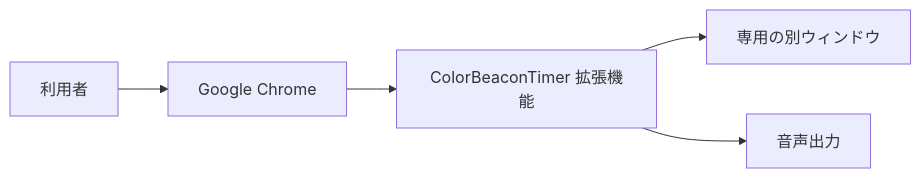
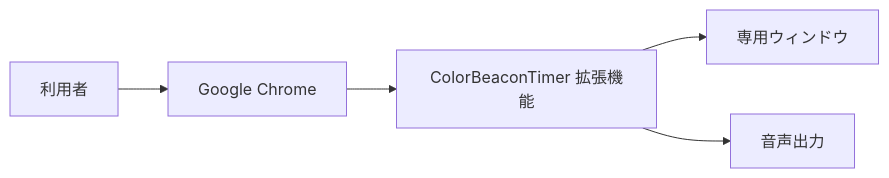
One commit to yamaPiT/ColorBeaconTimer changed the diagram in docs/artifacts/SW105_ソフトウェア要求仕様書.md. Above: the diagram before and after it, drawn with Mermaid. The commit also changed other lines of this file and 2 other files, not shown here.

````diff
--- a/docs/artifacts/SW105_ソフトウェア要求仕様書.md
+++ b/docs/artifacts/SW105_ソフトウェア要求仕様書.md
@@ -61,7 +65,7 @@
 ```mermaid
 flowchart LR
   user[利用者] --> chrome[Google Chrome]
   chrome --> ext[ColorBeaconTimer 拡張機能]
-  ext --> ui[専用の別ウィンドウ]
+  ext --> ui[専用ウィンドウ]
   ext --> audio[音声出力]
 ```
````
